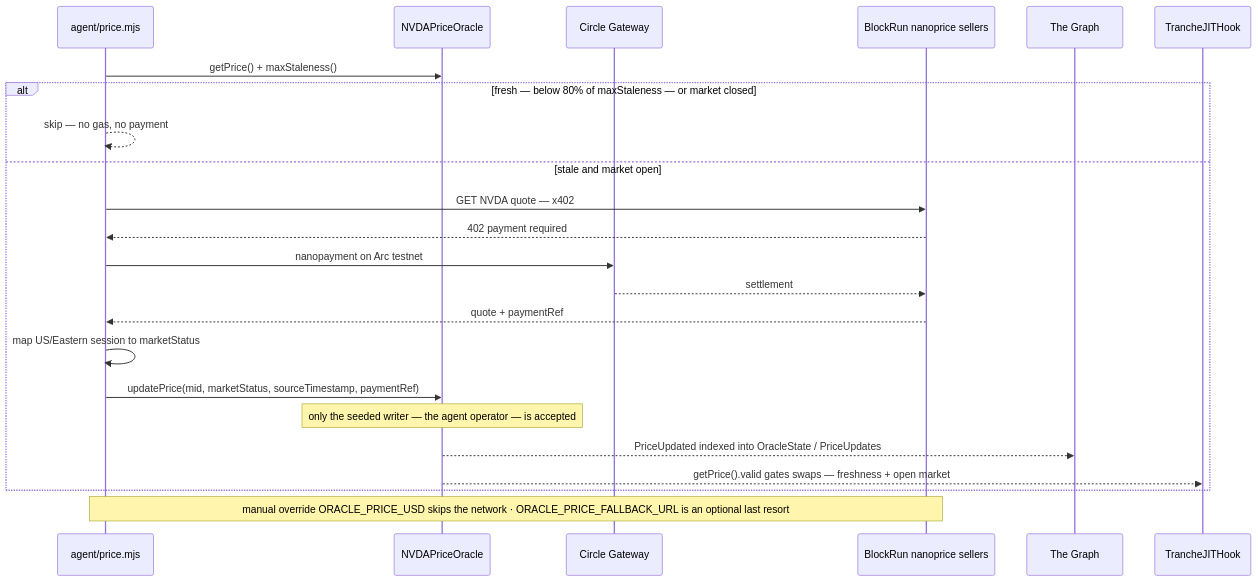
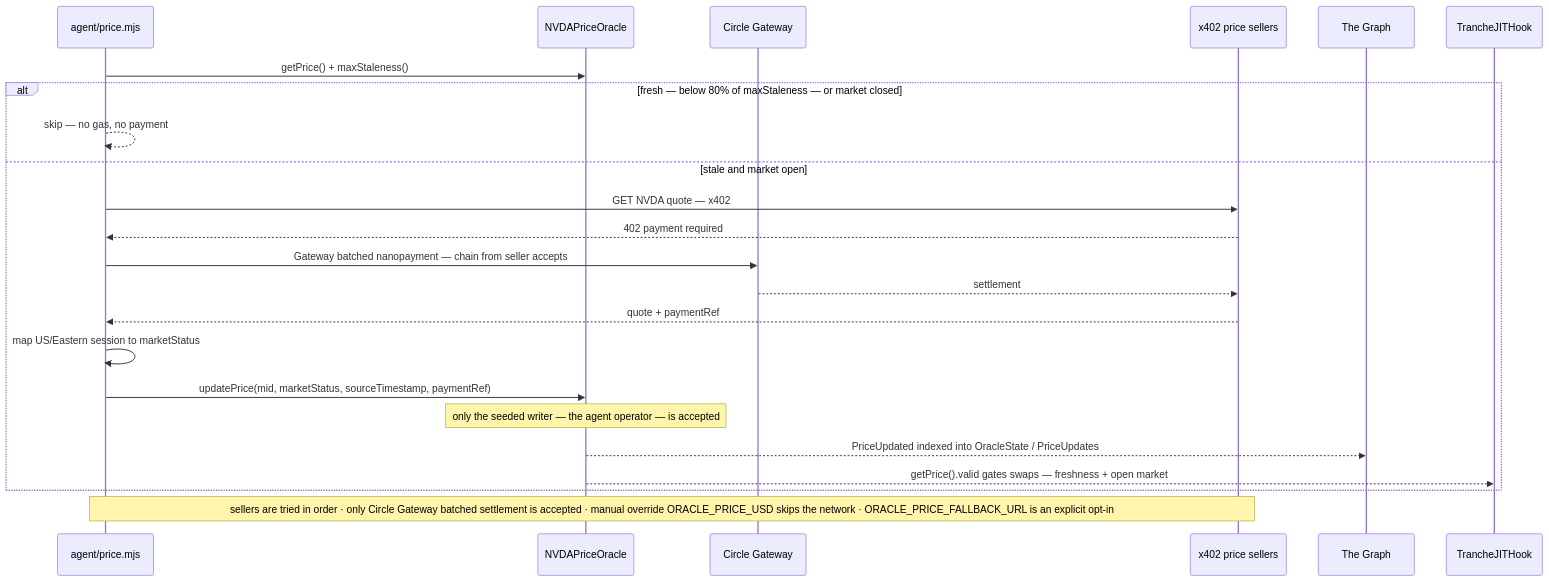
The diagram in docs/diagrams/flow-price-oracle-x402.mmd (Aadithkl/nvda-tranched-arc), drawn with Mermaid before and after one commit. The commit also changed 11 other files, not shown here.

Commit message:
docs(architecture): refocus on the four integrations (v4 hook, ERC-7575, The Graph, Circle marketplace)

```diff
--- a/docs/diagrams/flow-price-oracle-x402.mmd
+++ b/docs/diagrams/flow-price-oracle-x402.mmd
@@ -1,24 +1,24 @@
 sequenceDiagram
     participant PX as agent/price.mjs
     participant OR as NVDAPriceOracle
     participant GW as Circle Gateway
-    participant S as BlockRun nanoprice sellers
+    participant S as x402 price sellers
     participant G as The Graph
     participant H as TrancheJITHook
 
     PX->>OR: getPrice() + maxStaleness()
     alt fresh — below 80% of maxStaleness — or market closed
         PX-->>PX: skip — no gas, no payment
     else stale and market open
         PX->>S: GET NVDA quote — x402
         S-->>PX: 402 payment required
-        PX->>GW: nanopayment on Arc testnet
+        PX->>GW: Gateway batched nanopayment — chain from seller accepts
         GW-->>S: settlement
         S-->>PX: quote + paymentRef
         PX->>PX: map US/Eastern session to marketStatus
         PX->>OR: updatePrice(mid, marketStatus, sourceTimestamp, paymentRef)
         Note over OR: only the seeded writer — the agent operator — is accepted
         OR-->>G: PriceUpdated indexed into OracleState / PriceUpdates
         OR-->>H: getPrice().valid gates swaps — freshness + open market
     end
-    Note over PX,S: manual override ORACLE_PRICE_USD skips the network · ORACLE_PRICE_FALLBACK_URL is an optional last resort
+    Note over PX,S: sellers are tried in order · only Circle Gateway batched settlement is accepted · manual override ORACLE_PRICE_USD skips the network · ORACLE_PRICE_FALLBACK_URL is an explicit opt-in
```
